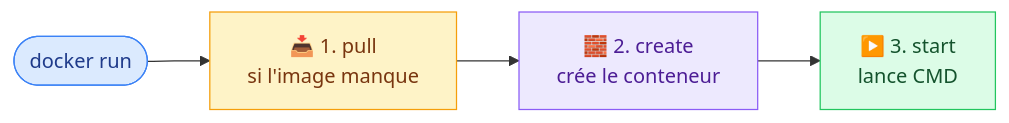
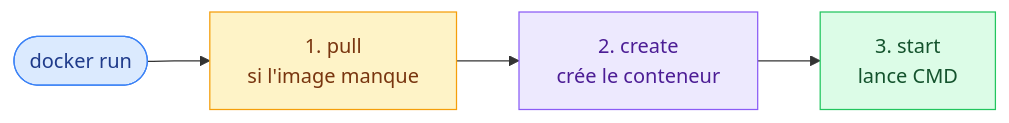
The first of 3 diagrams in methodologie-securite-it/docker/05-conteneurs.md (GoobyWoobies/HEIA-IT), drawn with Mermaid before and after one commit. The commit also changed other lines of this file and 24 other files, not shown here.

````diff
--- a/methodologie-securite-it/docker/05-conteneurs.md
+++ b/methodologie-securite-it/docker/05-conteneurs.md
@@ -40,11 +40,11 @@
 ```mermaid
 flowchart LR
-    R(["docker run"]) --> P["📥 1. pull<br/>si l'image manque"]
-    P --> C["🧱 2. create<br/>crée le conteneur"]
-    C --> S["▶️ 3. start<br/>lance CMD"]
+    R(["docker run"]) --> P["1. pull<br/>si l'image manque"]
+    P --> C["2. create<br/>crée le conteneur"]
+    C --> S["3. start<br/>lance CMD"]
 
     style R fill:#dbeafe,stroke:#3b82f6,color:#1e3a8a
     style P fill:#fef3c7,stroke:#f59e0b,color:#78350f
     style C fill:#ede9fe,stroke:#8b5cf6,color:#4c1d95
     style S fill:#dcfce7,stroke:#22c55e,color:#14532d
 ```
````
